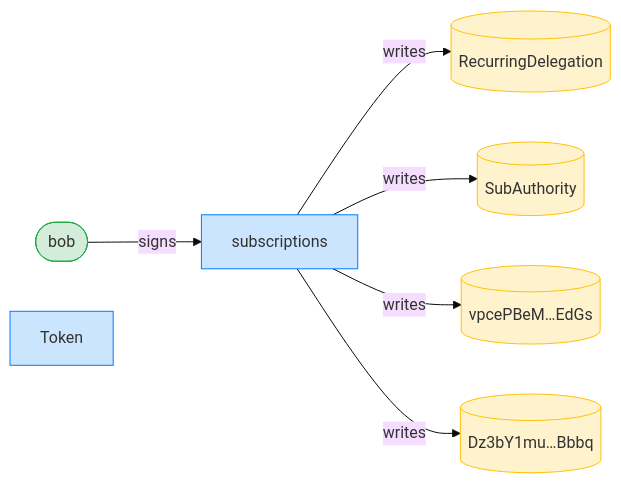
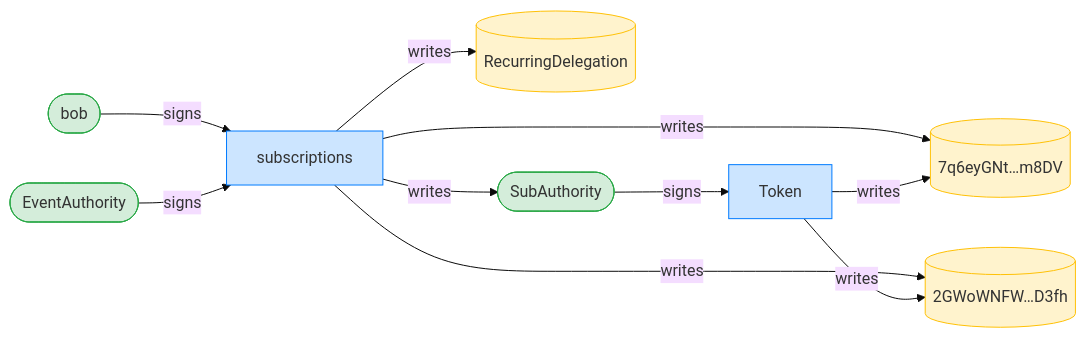
Before and after one commit to cds-rs/subscriptions: diagram 15 of 20 in dsl_tests/recurring-transfer-succeeds-across-pulls-within-a-period.md, drawn with Mermaid (base theme). The commit also changed other lines of this file and 224 other files, not shown here.

````diff
--- a/dsl_tests/recurring-transfer-succeeds-across-pulls-within-a-period.md
+++ b/dsl_tests/recurring-transfer-succeeds-across-pulls-within-a-period.md
@@ -314,18 +329,23 @@
 ```mermaid
 flowchart LR
     classDef signer fill:#d4edda,stroke:#28a745;
     classDef program fill:#cce5ff,stroke:#007bff;
     classDef writable fill:#fff3cd,stroke:#ffc107;
     subscriptions[subscriptions]:::program
     RecurringDelegation[(RecurringDelegation)]:::writable
-    SubAuthority[(SubAuthority)]:::writable
-    vpcePBeM_EdGs[("vpcePBeM…EdGs")]:::writable
-    Dz3bY1mu_Bbbq[("Dz3bY1mu…Bbbq")]:::writable
+    SubAuthority([SubAuthority]):::signer
+    7q6eyGNt_m8DV[("7q6eyGNt…m8DV")]:::writable
+    2GWoWNFW_D3fh[("2GWoWNFW…D3fh")]:::writable
     bob([bob]):::signer
     Token[Token]:::program
+    EventAuthority([EventAuthority]):::signer
     bob -->|signs| subscriptions
+    SubAuthority -->|signs| Token
+    EventAuthority -->|signs| subscriptions
     subscriptions -->|writes| RecurringDelegation
     subscriptions -->|writes| SubAuthority
-    subscriptions -->|writes| vpcePBeM_EdGs
-    subscriptions -->|writes| Dz3bY1mu_Bbbq
+    subscriptions -->|writes| 7q6eyGNt_m8DV
+    subscriptions -->|writes| 2GWoWNFW_D3fh
+    Token -->|writes| 7q6eyGNt_m8DV
+    Token -->|writes| 2GWoWNFW_D3fh
 ```
````
